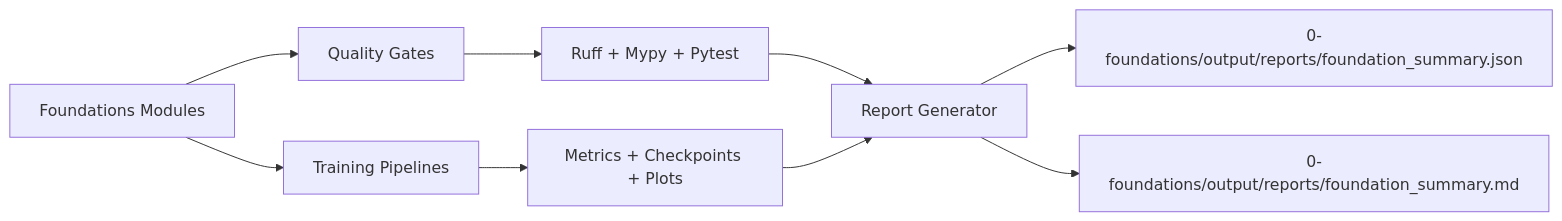
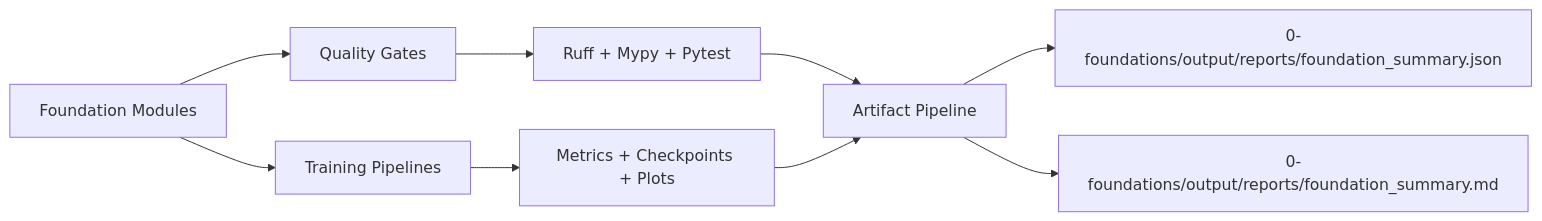
Before and after one commit to mhmdevan/ML-zero-to-hero: the first of 2 diagrams in README.md, drawn with Mermaid. The commit also changed other lines of this file, not shown here.

````diff
--- a/README.md
+++ b/README.md
@@ -52,11 +68,11 @@
 ```mermaid
 flowchart LR
-  A["Foundations Modules"] --> B["Quality Gates"]
+  A["Foundation Modules"] --> B["Quality Gates"]
   B --> C["Ruff + Mypy + Pytest"]
-  C --> D["Report Generator"]
+  C --> D["Artifact Pipeline"]
   D --> E["0-foundations/output/reports/foundation_summary.json"]
   D --> F["0-foundations/output/reports/foundation_summary.md"]
   A --> G["Training Pipelines"]
   G --> H["Metrics + Checkpoints + Plots"]
   H --> D
 ```
````
